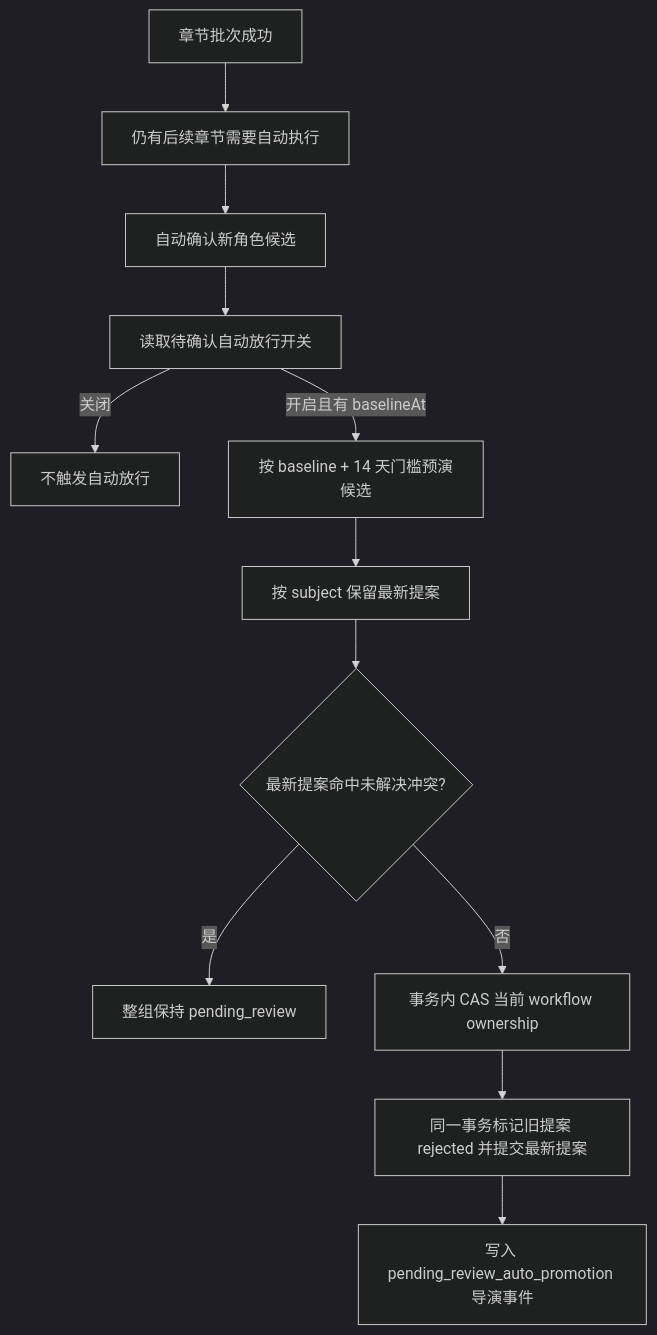
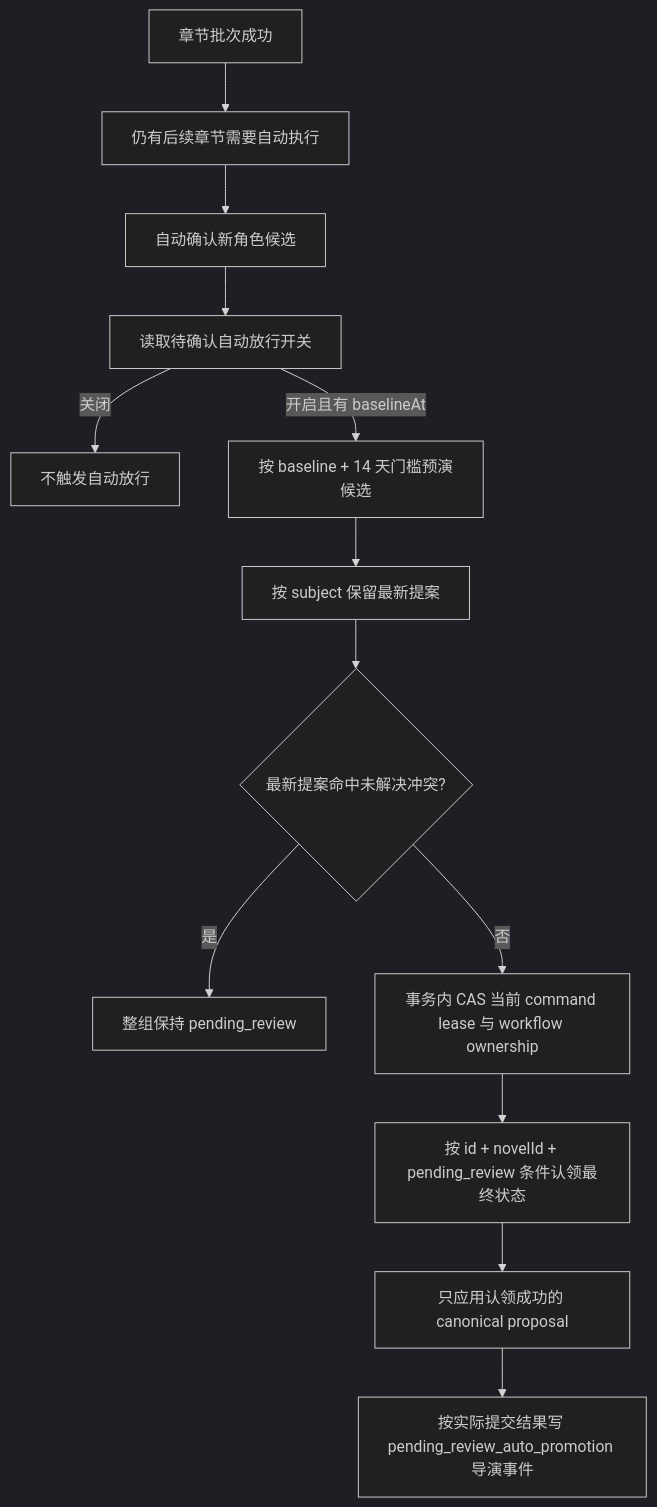
The diagram in docs/wiki/workflows/pending-review-auto-promotion.md (dengyie/AI-Novel-Forge), drawn with Mermaid (dark theme) before and after one commit. The commit also changed other lines of this file and 26 other files, not shown here.

````diff
--- a/docs/wiki/workflows/pending-review-auto-promotion.md
+++ b/docs/wiki/workflows/pending-review-auto-promotion.md
@@ -47,14 +47,15 @@
 ```mermaid
 flowchart TD
   A["章节批次成功"] --> B["仍有后续章节需要自动执行"]
   B --> C["自动确认新角色候选"]
   C --> D["读取待确认自动放行开关"]
   D -->|关闭| E["不触发自动放行"]
   D -->|开启且有 baselineAt| F["按 baseline + 14 天门槛预演候选"]
   F --> G["按 subject 保留最新提案"]
   G --> H{"最新提案命中未解决冲突?"}
   H -->|是| I["整组保持 pending_review"]
-  H -->|否| J["事务内 CAS 当前 workflow ownership"]
-  J --> K["同一事务标记旧提案 rejected 并提交最新提案"]
-  K --> L["写入 pending_review_auto_promotion 导演事件"]
+  H -->|否| J["事务内 CAS 当前 command lease 与 workflow ownership"]
+  J --> K["按 id + novelId + pending_review 条件认领最终状态"]
+  K --> L["只应用认领成功的 canonical proposal"]
+  L --> M["按实际提交结果写 pending_review_auto_promotion 导演事件"]
 ```
````
